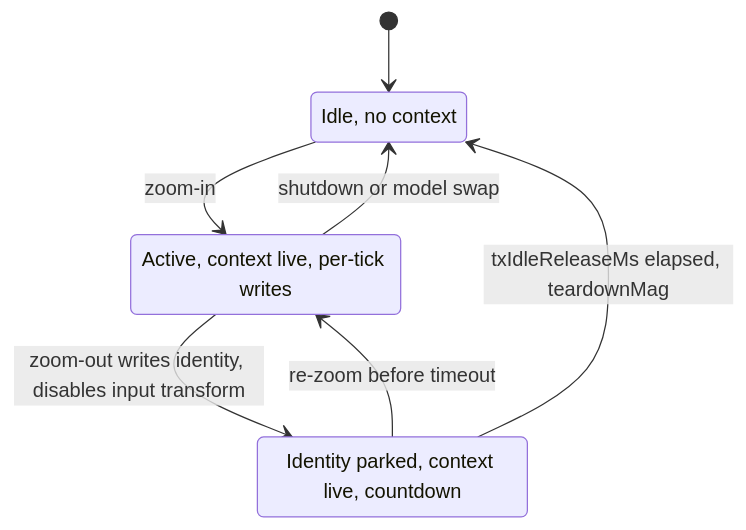
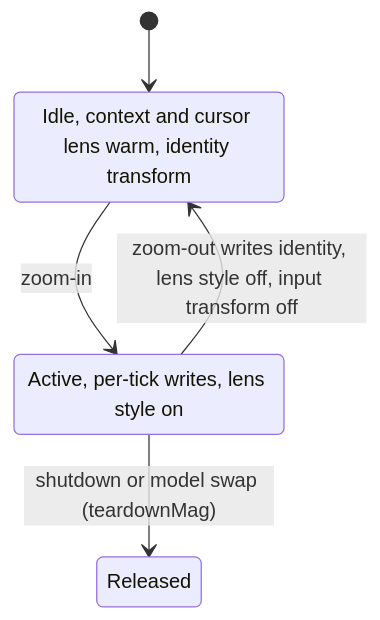
One commit to Maxaubert/Wind changed the diagram in docs/architecture/05-transform-engine.md. Above: the diagram before and after it, drawn with Mermaid. The commit also changed other lines of this file and 68 other files, not shown here.

First line of the commit message:
refactor(transform): remove the legacy transform cursor (#384) (#388)

````diff
--- a/docs/architecture/05-transform-engine.md
+++ b/docs/architecture/05-transform-engine.md
@@ -100,12 +103,9 @@
 ```mermaid
 stateDiagram-v2
     [*] --> Idle
-    Idle: Idle, no context
-    Active: Active, context live, per-tick writes
-    Parked: Identity parked, context live, countdown
+    Idle: Idle, context and cursor lens warm, identity transform
+    Active: Active, per-tick writes, lens style on
     Idle --> Active: zoom-in
-    Active --> Parked: zoom-out writes identity, disables input transform
-    Parked --> Active: re-zoom before timeout
-    Parked --> Idle: txIdleReleaseMs elapsed, teardownMag
-    Active --> Idle: shutdown or model swap
+    Active --> Idle: zoom-out writes identity, lens style off, input transform off
+    Active --> Released: shutdown or model swap (teardownMag)
 ```
````
